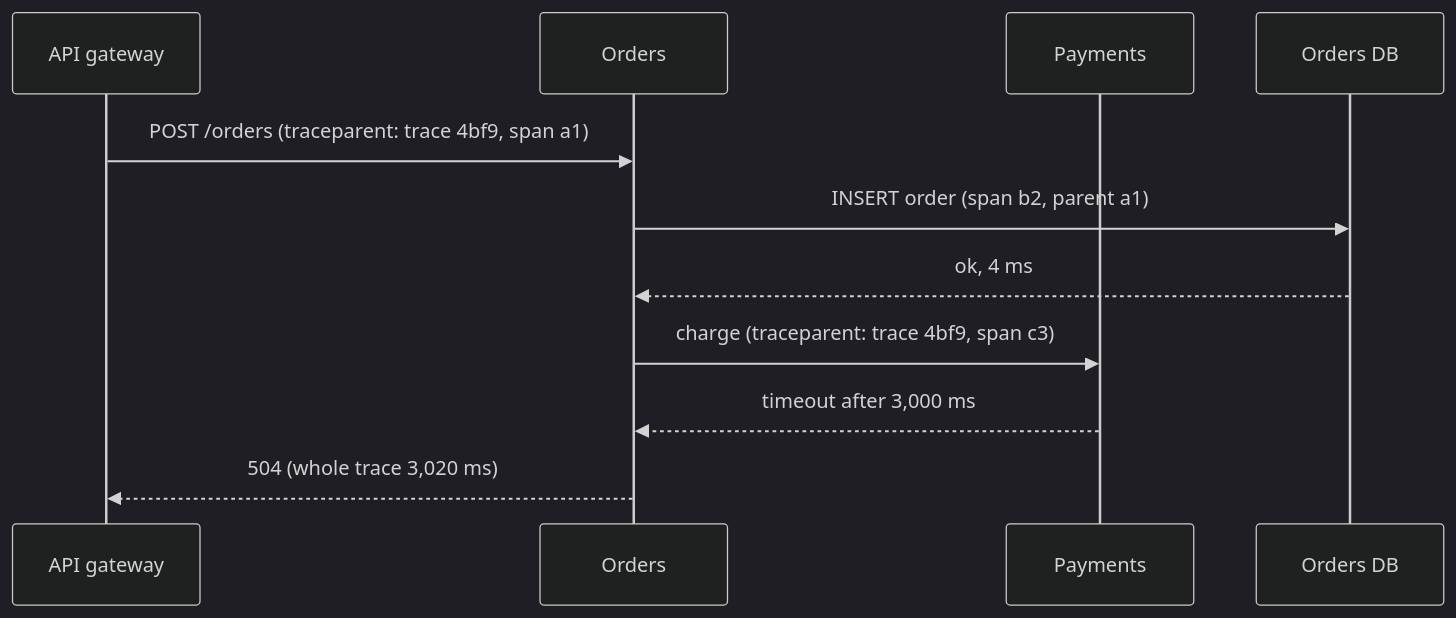
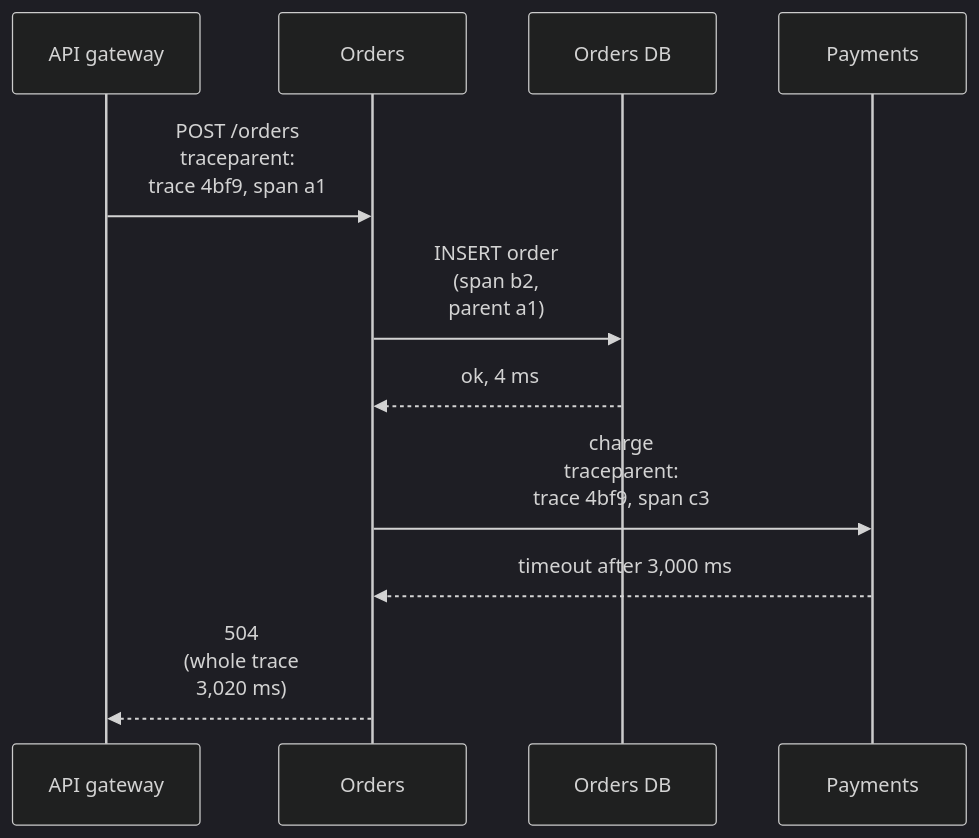
One commit to butyavk/system-design changed the diagram in src/content/docs/reliability/observability.mdx. Above: the diagram before and after it, drawn with Mermaid (dark theme). The commit also changed other lines of this file and 144 other files, not shown here.

````diff
--- a/src/content/docs/reliability/observability.mdx
+++ b/src/content/docs/reliability/observability.mdx
@@ -71,13 +71,13 @@
 ```mermaid
 sequenceDiagram
   participant GW as API gateway
   participant O as Orders
+  participant DB as Orders DB
   participant P as Payments
-  participant DB as Orders DB
-  GW->>O: POST /orders (traceparent: trace 4bf9, span a1)
-  O->>DB: INSERT order (span b2, parent a1)
+  GW->>O: POST /orders<br/>traceparent:<br/>trace 4bf9, span a1
+  O->>DB: INSERT order<br/>(span b2,<br/>parent a1)
   DB-->>O: ok, 4 ms
-  O->>P: charge (traceparent: trace 4bf9, span c3)
+  O->>P: charge<br/>traceparent:<br/>trace 4bf9, span c3
   P-->>O: timeout after 3,000 ms
-  O-->>GW: 504 (whole trace 3,020 ms)
+  O-->>GW: 504<br/>(whole trace<br/>3,020 ms)
 ```
````
